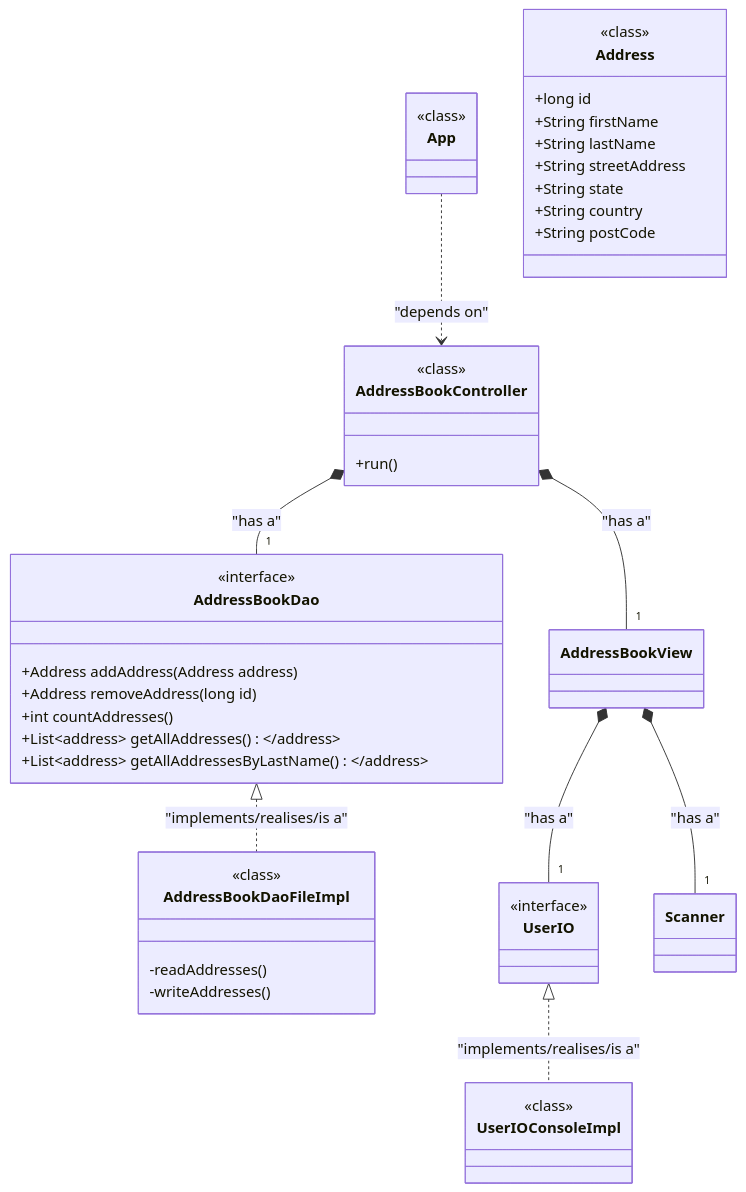
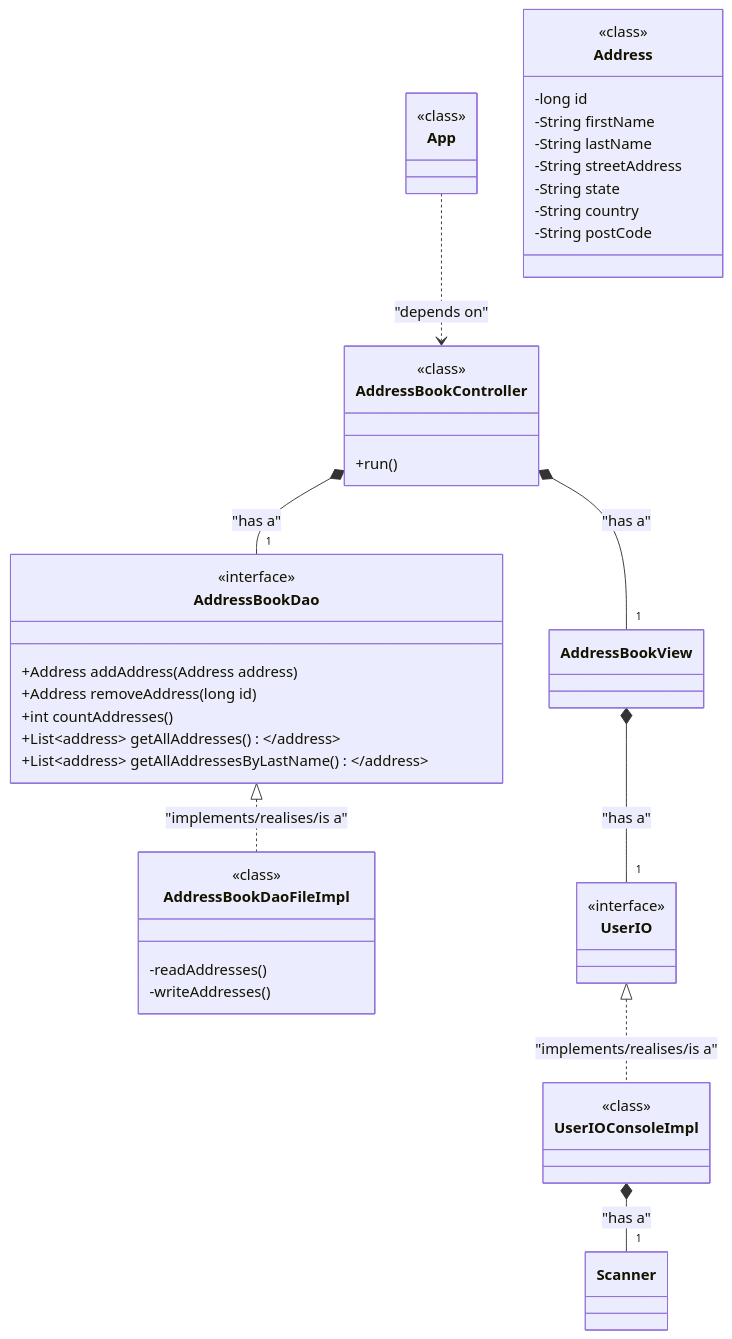
The diagram in java-classes-and-objects/PracticeProgramming/src/main/java/com/mthree/academy/c458/vrishti/jco/exercises/address_book/README.md (VrishtiVA/mthree-exercises), drawn with Mermaid before and after one commit. The commit also changed 6 other files, not shown here.

Commit message:
Implemented Address Book Application (Phase I)

````diff
--- a/java-classes-and-objects/PracticeProgramming/src/main/java/com/mthree/academy/c458/vrishti/jco/exercises/address_book/README.md
+++ b/java-classes-and-objects/PracticeProgramming/src/main/java/com/mthree/academy/c458/vrishti/jco/exercises/address_book/README.md
@@ -3,60 +3,60 @@
 ```mermaid
 classDiagram
     
     App ..> AddressBookController : "depends on"
     AddressBookDao <|.. AddressBookDaoFileImpl : "implements/realises/is a"
     UserIO <|.. UserIOConsoleImpl : "implements/realises/is a"
 
     AddressBookController *-- "1" AddressBookDao : "has a"
     AddressBookController *-- "1" AddressBookView : "has a"
-    AddressBookView *-- "1" Scanner : "has a"
+    UserIOConsoleImpl *-- "1" Scanner : "has a"
     AddressBookView *-- "1" UserIO : "has a"
     
     class App {
         <<class>>
     }
     
     class AddressBookController {
         <<class>>
         
         +run()
     }
 
     class AddressBookDao {
         <<interface>>
         
         +Address addAddress(Address address)
         +Address removeAddress(long id)
         +int countAddresses()
         +List<Address> getAllAddresses()
         +List<Address> getAllAddressesByLastName()
     }
 
     class AddressBookDaoFileImpl {
         <<class>>
         
         -readAddresses()
         -writeAddresses()
     }
 
     class Address {
         <<class>>
         
-        +long id
-        +String firstName
-        +String lastName
-        +String streetAddress
-        +String state
-        +String country
-        +String postCode
+        -long id
+        -String firstName
+        -String lastName
+        -String streetAddress
+        -String state
+        -String country
+        -String postCode
     }
 
     class UserIO {
         <<interface>>
     }
 
     class UserIOConsoleImpl {
         <<class>>
     }
 
 ```
````
